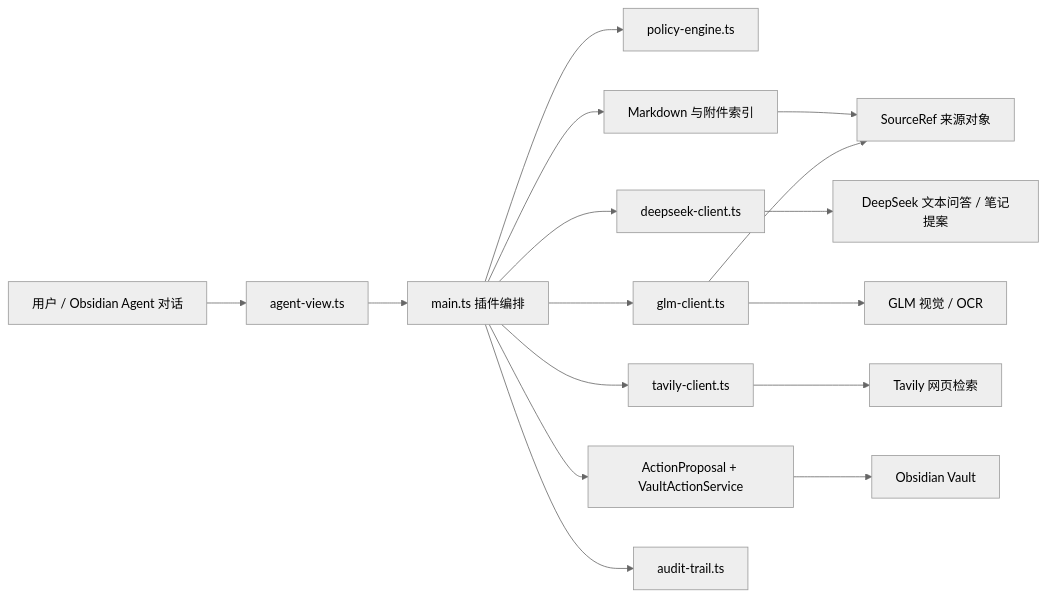
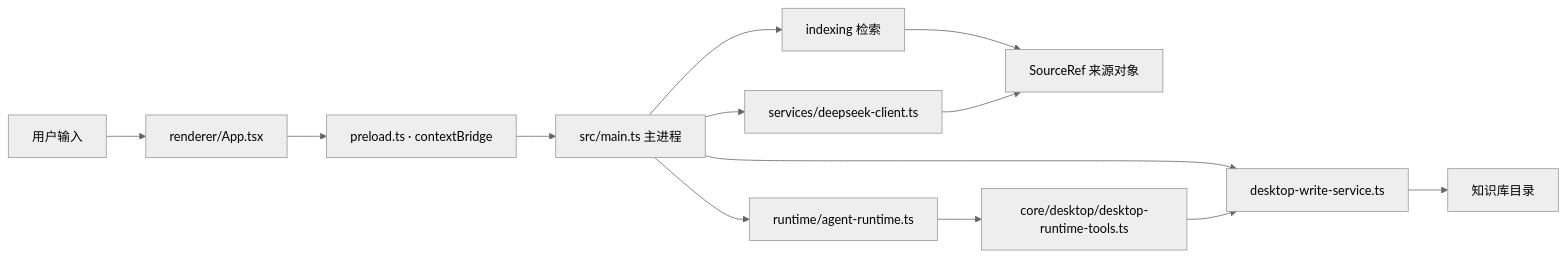
Before and after one commit to 3533008548/agent-for-obsidian: the diagram in 项目接手指南.md, drawn with Mermaid (neutral theme). The commit also changed other lines of this file and 4 other files, not shown here.

````diff
--- a/项目接手指南.md
+++ b/项目接手指南.md
@@ -25,18 +23,15 @@
 ```mermaid
 flowchart LR
-  U[用户 / Obsidian Agent 对话] --> V[agent-view.ts]
-  V --> M[main.ts 插件编排]
-  M --> P[policy-engine.ts]
-  M --> I[Markdown 与附件索引]
-  M --> D[deepseek-client.ts]
-  M --> G[glm-client.ts]
-  M --> T[tavily-client.ts]
-  D --> DAPI[DeepSeek 文本问答 / 笔记提案]
-  G --> GAPI[GLM 视觉 / OCR]
-  T --> TAPI[Tavily 网页检索]
+  U[用户输入] --> V[renderer/App.tsx]
+  V --> P[preload.ts · contextBridge]
+  P --> M[src/main.ts 主进程]
+  M --> R[runtime/agent-runtime.ts]
+  M --> I[indexing 检索]
+  M --> D[services/deepseek-client.ts]
+  M --> W[desktop-write-service.ts]
   I --> S[SourceRef 来源对象]
-  G --> S
-  M --> W[ActionProposal + VaultActionService]
-  W --> Vault[Obsidian Vault]
-  M --> A[audit-trail.ts]
+  D --> S
+  R --> T[core/desktop/desktop-runtime-tools.ts]
+  T --> W
+  W --> FS[知识库目录]
 ```
````
